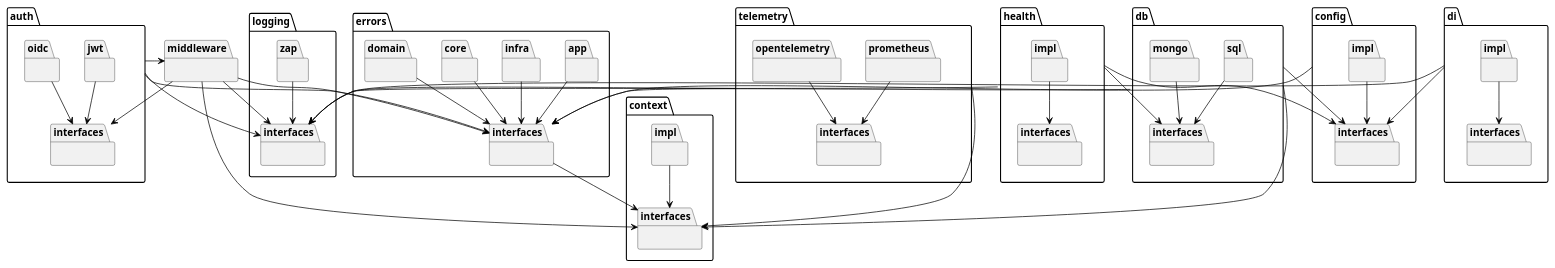
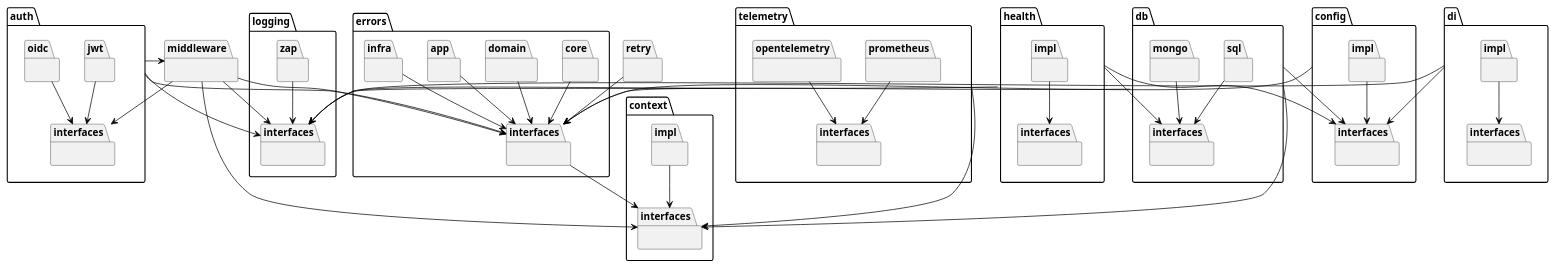
One commit to abitofhelp/servicelib changed the diagram in docs/diagrams/source/improved_package_dependencies.puml. Above: the diagram before and after it, drawn with PlantUML. The commit also changed 22 other files, not shown here.

Commit message:
Added retry package and updated docs.

```diff
--- a/docs/diagrams/source/improved_package_dependencies.puml
+++ b/docs/diagrams/source/improved_package_dependencies.puml
@@ -1,154 +1,159 @@
 @startuml Improved Package Dependencies
 
 skinparam componentStyle uml2
 skinparam component {
   BackgroundColor White
   BorderColor Black
   ArrowColor Black
 }
 
 package "auth" as auth {
   package "interfaces" as auth_interfaces {
   }
-  
+
   package "jwt" as auth_jwt {
   }
-  
+
   package "oidc" as auth_oidc {
   }
-  
+
   auth_jwt --> auth_interfaces
   auth_oidc --> auth_interfaces
 }
 
 package "logging" as logging {
   package "interfaces" as logging_interfaces {
   }
-  
+
   package "zap" as logging_zap {
   }
-  
+
   logging_zap --> logging_interfaces
 }
 
 package "telemetry" as telemetry {
   package "interfaces" as telemetry_interfaces {
   }
-  
+
   package "prometheus" as telemetry_prometheus {
   }
-  
+
   package "opentelemetry" as telemetry_opentelemetry {
   }
-  
+
   telemetry_prometheus --> telemetry_interfaces
   telemetry_opentelemetry --> telemetry_interfaces
 }
 
 package "middleware" as middleware {
 }
 
 package "context" as context {
   package "interfaces" as context_interfaces {
   }
-  
+
   package "impl" as context_impl {
   }
-  
+
   context_impl --> context_interfaces
 }
 
 package "health" as health {
   package "interfaces" as health_interfaces {
   }
-  
+
   package "impl" as health_impl {
   }
-  
+
   health_impl --> health_interfaces
 }
 
 package "errors" as errors {
   package "interfaces" as errors_interfaces {
   }
-  
+
   package "core" as errors_core {
   }
-  
+
   package "domain" as errors_domain {
   }
-  
+
   package "app" as errors_app {
   }
-  
+
   package "infra" as errors_infra {
   }
-  
+
   errors_core --> errors_interfaces
   errors_domain --> errors_interfaces
   errors_app --> errors_interfaces
   errors_infra --> errors_interfaces
 }
 
 package "config" as config {
   package "interfaces" as config_interfaces {
   }
-  
+
   package "impl" as config_impl {
   }
-  
+
   config_impl --> config_interfaces
 }
 
 package "db" as db {
   package "interfaces" as db_interfaces {
   }
-  
+
   package "sql" as db_sql {
   }
-  
+
   package "mongo" as db_mongo {
   }
-  
+
   db_sql --> db_interfaces
   db_mongo --> db_interfaces
 }
 
 package "di" as di {
   package "interfaces" as di_interfaces {
   }
-  
+
   package "impl" as di_impl {
   }
-  
+
   di_impl --> di_interfaces
+}
+
+package "retry" as retry {
 }
 
 auth --> logging_interfaces
 auth --> middleware
 auth --> errors_interfaces
 
 telemetry --> logging_interfaces
 telemetry --> context_interfaces
 
 middleware --> logging_interfaces
 middleware --> context_interfaces
 middleware --> errors_interfaces
 middleware --> auth_interfaces
 
 health --> logging_interfaces
 health --> config_interfaces
 health --> db_interfaces
 
 errors_interfaces --> context_interfaces
 
 db --> config_interfaces
 db --> errors_interfaces
 db --> context_interfaces
 
 di --> config_interfaces
 di --> logging_interfaces
 
 config --> errors_interfaces
 
+retry --> errors_interfaces
+
 @enduml
```
